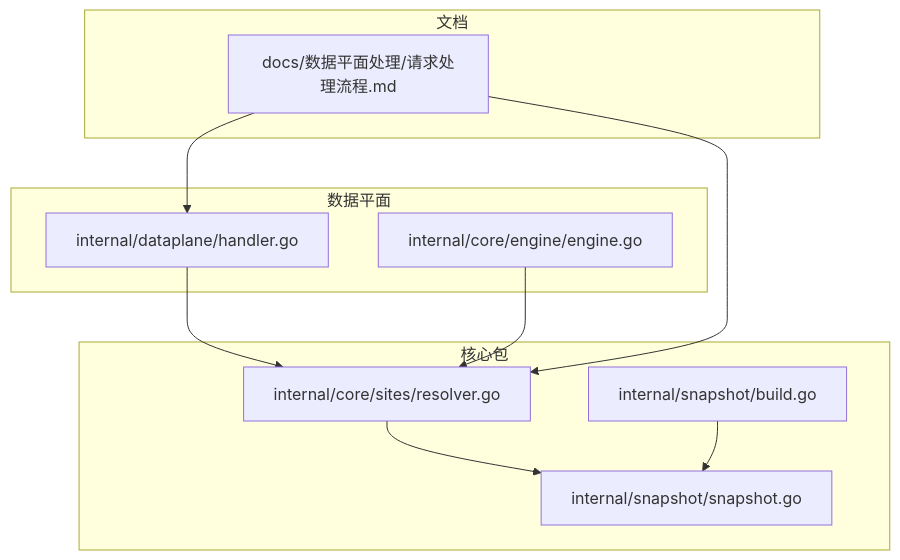
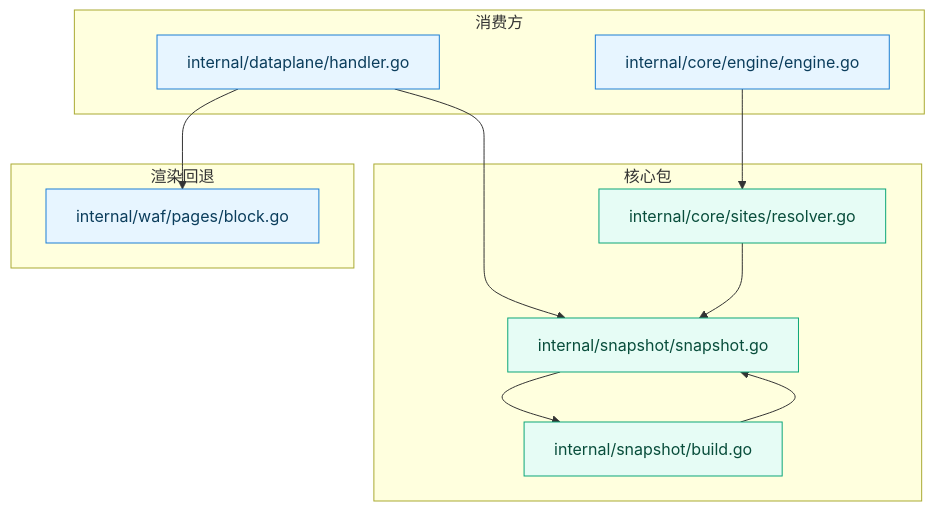
The first of 9 diagrams in docs/WAF 引擎系统/引擎核心架构/站点解析器.md (x01n/My-OpenWaf), drawn with Mermaid before and after one commit. The commit also changed other lines of this file and 622 other files, not shown here.

````diff
--- a/docs/WAF 引擎系统/引擎核心架构/站点解析器.md
+++ b/docs/WAF 引擎系统/引擎核心架构/站点解析器.md
@@ -36,21 +44,25 @@
 ```mermaid
 graph TB
 subgraph "核心包"
 A["internal/core/sites/resolver.go"]
 B["internal/snapshot/snapshot.go"]
 C["internal/snapshot/build.go"]
 end
-subgraph "数据平面"
+subgraph "消费方"
 D["internal/dataplane/handler.go"]
 E["internal/core/engine/engine.go"]
 end
-subgraph "文档"
-F["docs/数据平面处理/请求处理流程.md"]
+subgraph "渲染回退"
+F["internal/waf/pages/block.go"]
 end
+E --> A
+D --> B
 A --> B
+B --> C
+D --> F
 C --> B
-D --> A
-E --> A
-F --> D
-F --> A
+classDef core fill:#e6fcf5,stroke:#0ca678,color:#084d3b
+classDef dp fill:#e7f5ff,stroke:#1c7ed6,color:#0b3d5c
+class A,B,C core
+class D,E,F dp
 ```
````
